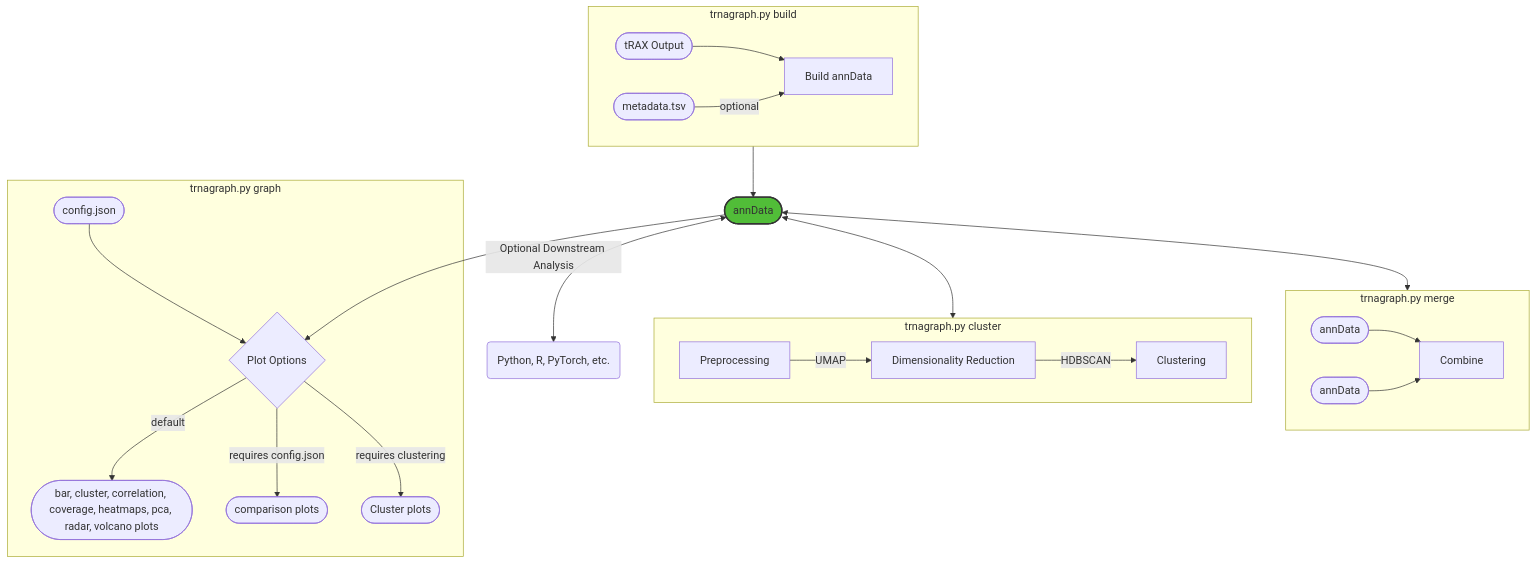
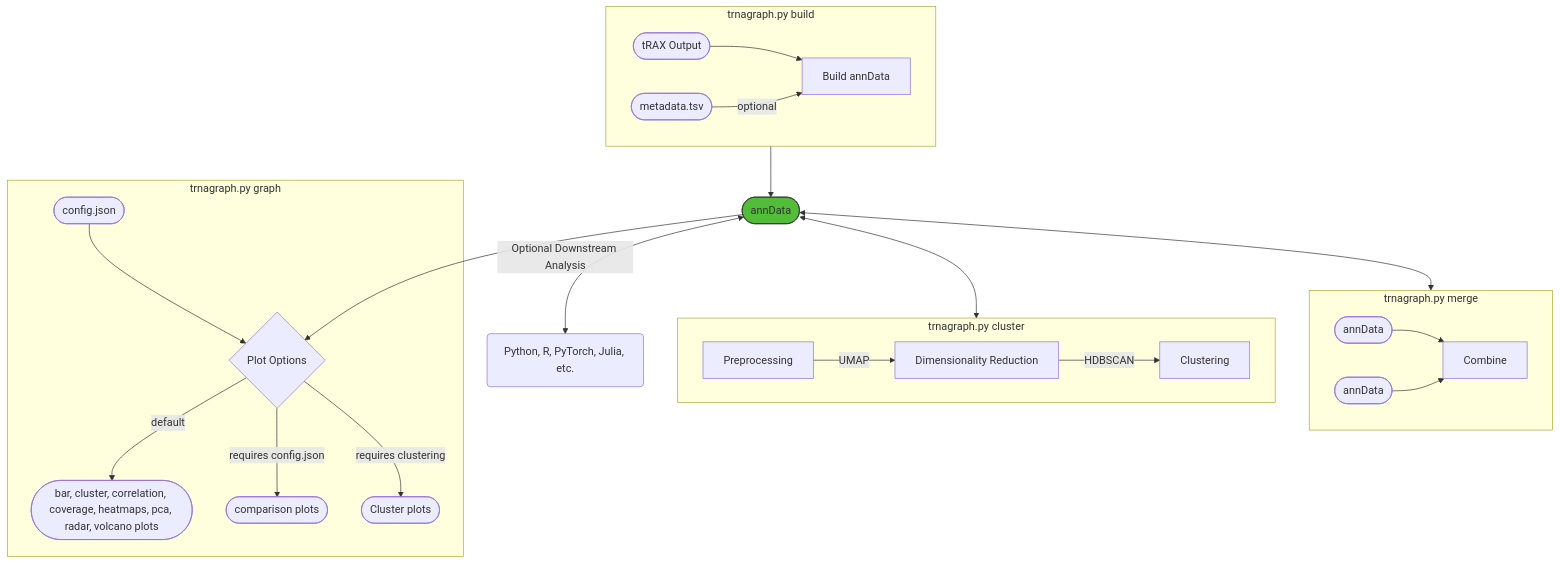
The diagram in README.md (alba1735/tRNAgraph), drawn with Mermaid before and after one commit. The commit also changed other lines of this file and 4 other files, not shown here.

````diff
--- a/README.md
+++ b/README.md
@@ -13,26 +13,26 @@
 ```mermaid
     flowchart TD
       subgraph sg1 [trnagraph.py build]
         I1([tRAX Output]) --> B[Build annData]
         M([metadata.tsv]) -->|optional| B
       end
       sg1 --> I2([annData])
-      I2 <-->|Optional Downstream Analysis| R(Python, R, PyTorch, etc.)
+      I2 <-->|Optional Downstream Analysis| R(Python, R, PyTorch, Julia, etc.)
       I2 <--> sg3
       subgraph sg3 [trnagraph.py cluster]
         C1[Preprocessing] -->|UMAP| C2[Dimensionality Reduction] -->|HDBSCAN| C3[Clustering] 
       end
       I2 <--> sg4
       subgraph sg4 [trnagraph.py merge]
         I3([annData]) --> C[Combine]
         I4([annData]) --> C
       end
       I2 --> G{Plot Options}
       subgraph sg2 [trnagraph.py graph]
         G -->|default| G1([bar, cluster, correlation, coverage, heatmaps, pca, radar, volcano plots])
         G -->|requires config.json| G2([comparison plots])
         G -->|requires clustering| G3([Cluster plots])
         J([config.json]) --> G 
       end
-      style I2 fill:#51BD38,stroke:#333,stroke-width:2px
+      style I2 fill:#51BD38,stroke:#333
 ```
````
